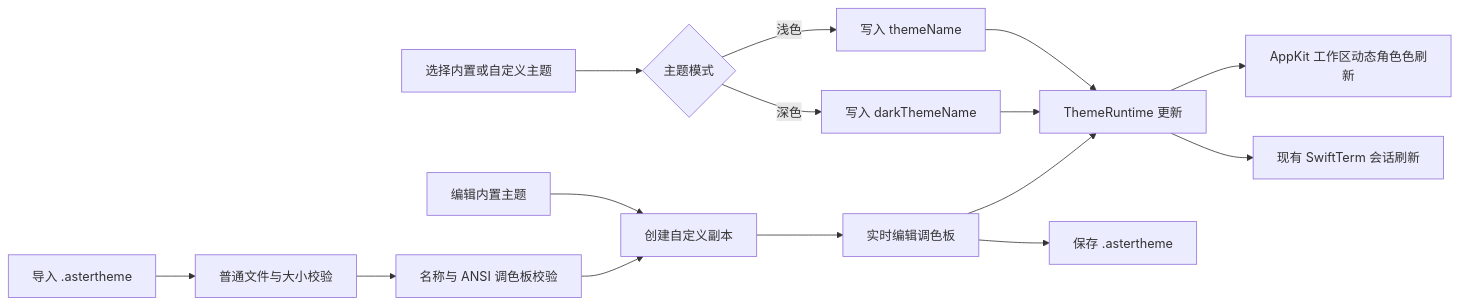
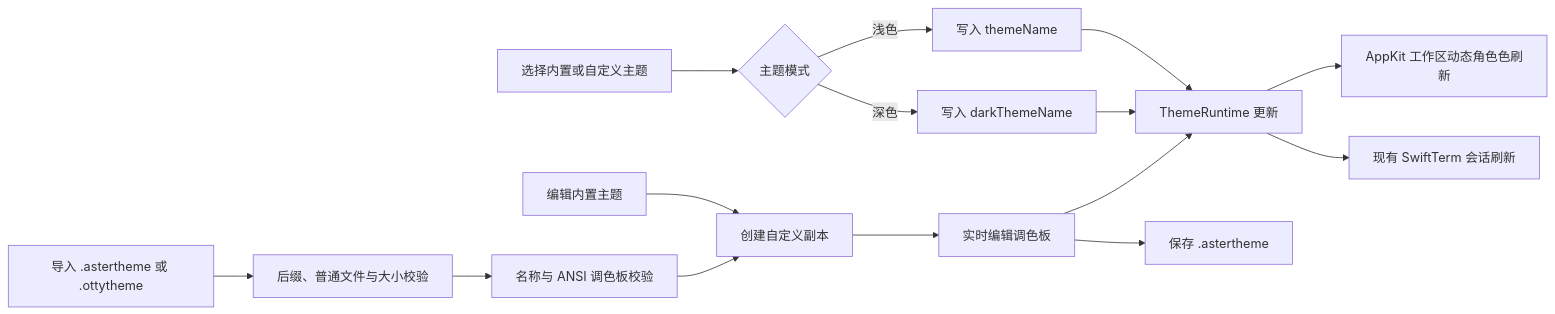
The diagram in docs/developer/theme-system.md (rambocode/aster), drawn with Mermaid before and after one commit. The commit also changed other lines of this file and 56 other files, not shown here.

````diff
--- a/docs/developer/theme-system.md
+++ b/docs/developer/theme-system.md
@@ -32,17 +38,17 @@
 ```mermaid
 flowchart LR
   A[选择内置或自定义主题] --> B{主题模式}
   B -->|浅色| C[写入 themeName]
   B -->|深色| D[写入 darkThemeName]
   C --> E[ThemeRuntime 更新]
   D --> E
   E --> F[AppKit 工作区动态角色色刷新]
   E --> G[现有 SwiftTerm 会话刷新]
   H[编辑内置主题] --> I[创建自定义副本]
   I --> J[实时编辑调色板]
   J --> E
   J --> K[保存 .astertheme]
-  L[导入 .astertheme] --> M[普通文件与大小校验]
+  L[导入 .astertheme 或 .ottytheme] --> M[后缀、普通文件与大小校验]
   M --> N[名称与 ANSI 调色板校验]
   N --> I
 ```
````
